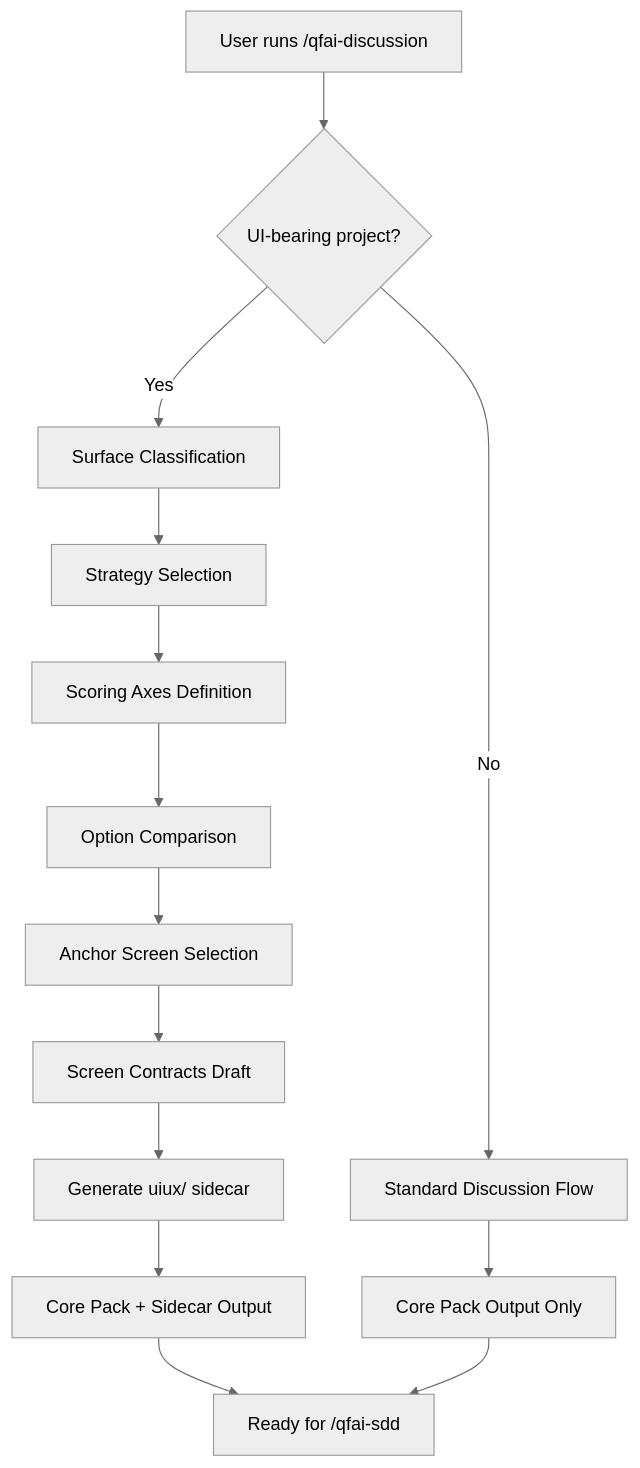
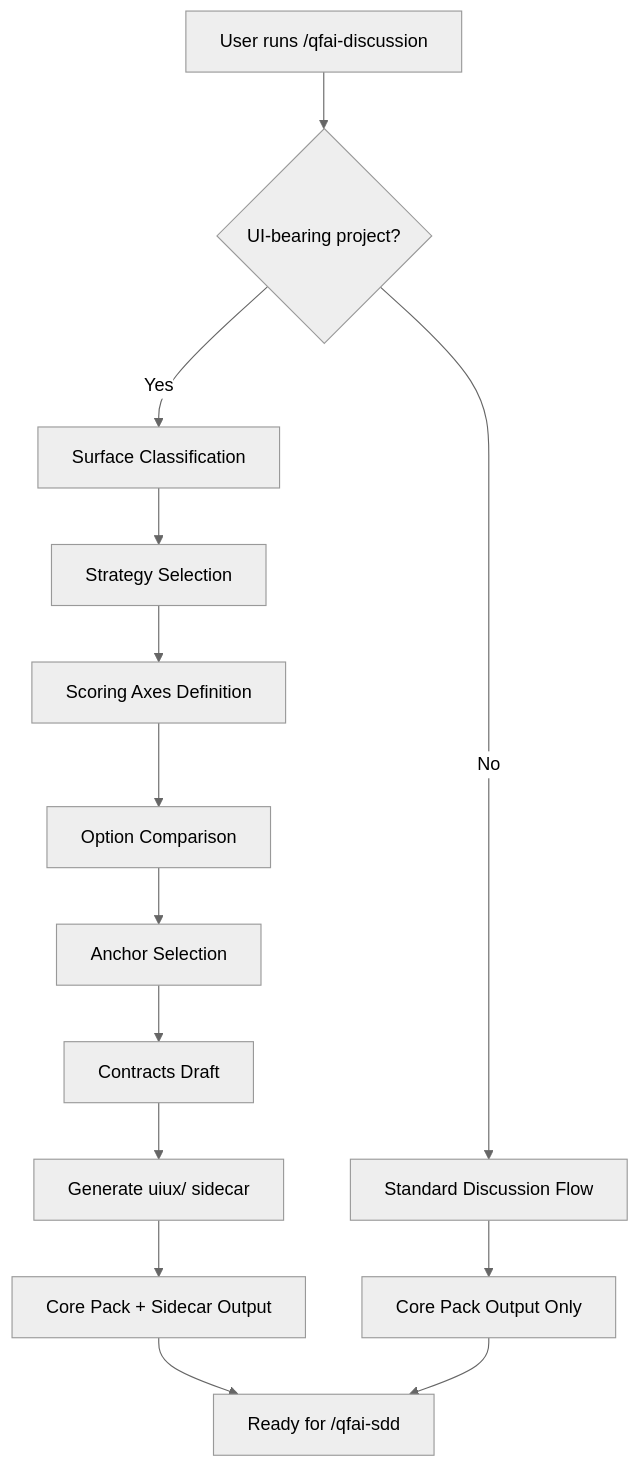
Before and after one commit to aganesy/QFAI: the diagram in .qfai/discussion/discussion-20260328120000000/03_Story-Workshop.md, drawn with Mermaid (neutral theme). The commit also changed 3 other files, not shown here.

First line of the commit message:
fix(v1.7.3): address review round 10 — TDD ID collision, Mermaid false positive, regex asymmetry

````diff
--- a/.qfai/discussion/discussion-20260328120000000/03_Story-Workshop.md
+++ b/.qfai/discussion/discussion-20260328120000000/03_Story-Workshop.md
@@ -118,16 +118,16 @@
 ```mermaid
 flowchart TD
     A["User runs /qfai-discussion"] --> B{"UI-bearing project?"}
     B -->|Yes| C["Surface Classification"]
     C --> D["Strategy Selection"]
     D --> E["Scoring Axes Definition"]
     E --> F["Option Comparison"]
-    F --> G["Anchor Screen Selection"]
-    G --> H["Screen Contracts Draft"]
+    F --> G["Anchor Selection"]
+    G --> H["Contracts Draft"]
     H --> I["Generate uiux/ sidecar"]
     I --> J["Core Pack + Sidecar Output"]
     B -->|No| K["Standard Discussion Flow"]
     K --> L["Core Pack Output Only"]
     J --> M["Ready for /qfai-sdd"]
     L --> M
 ```
````
